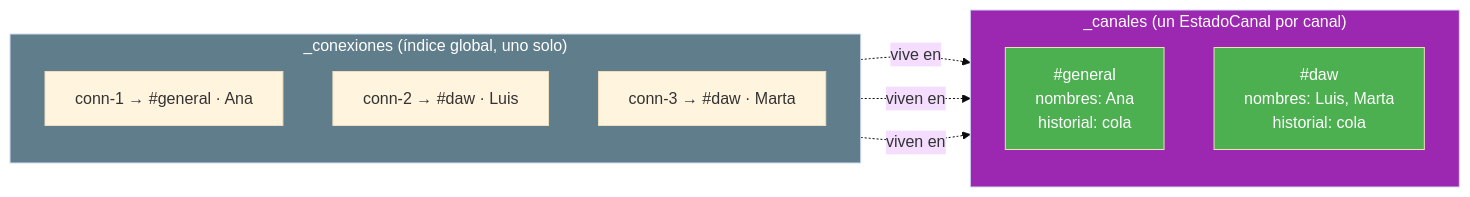
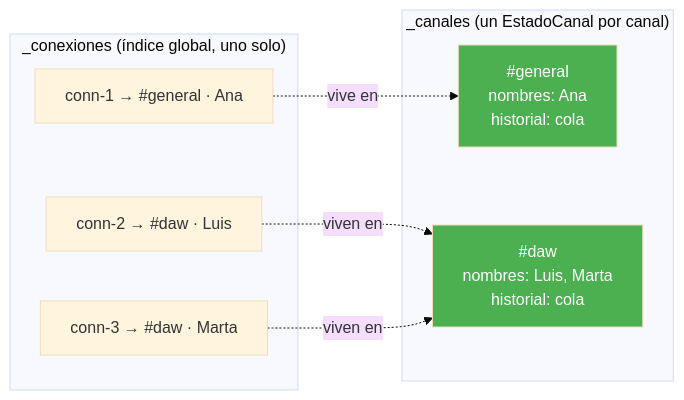
Before and after one commit to joseluisgs/AulaChatNet: the fourth of 6 diagrams in docs/01-arquitectura-del-servidor.md, drawn with Mermaid (base theme). The commit also changed other lines of this file and 3 other files, not shown here.

````diff
--- a/docs/01-arquitectura-del-servidor.md
+++ b/docs/01-arquitectura-del-servidor.md
@@ -319,24 +322,20 @@
 ```mermaid
 flowchart LR
     subgraph INDICE["_conexiones (índice global, uno solo)"]
-        direction TB
         C1["conn-1 → #general · Ana"]
         C2["conn-2 → #daw · Luis"]
         C3["conn-3 → #daw · Marta"]
     end
 
     subgraph CANALES["_canales (un EstadoCanal por canal)"]
-        direction TB
         G["#general<br/>nombres: Ana<br/>historial: cola"]
         S["#daw<br/>nombres: Luis, Marta<br/>historial: cola"]
     end
 
     C1 -.->|"vive en"| G
     C2 -.->|"viven en"| S
     C3 -.->|"viven en"| S
 
-    style INDICE fill:#607D8B,color:#fff
-    style CANALES fill:#9C27B0,color:#fff
     style G fill:#4CAF50,color:#fff
     style S fill:#4CAF50,color:#fff
 ```
````
